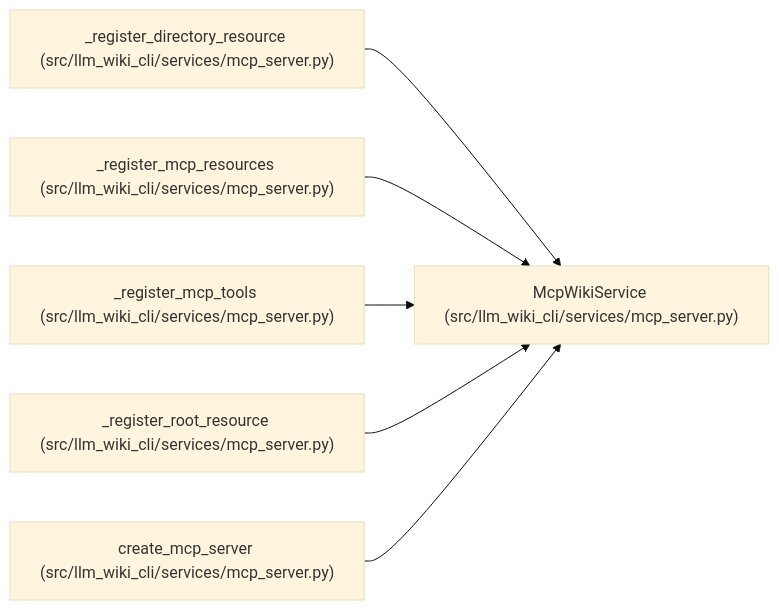
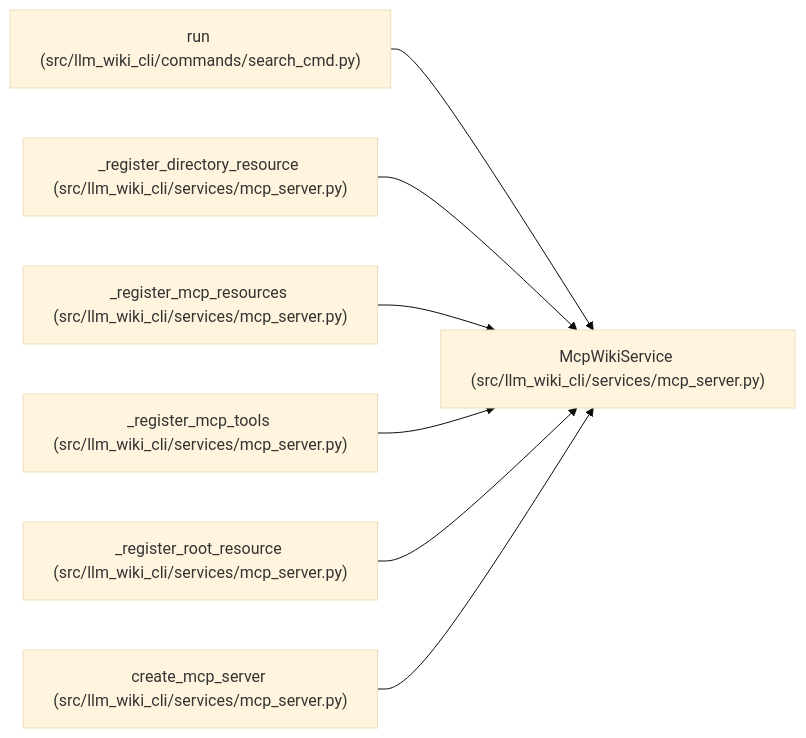
The diagram in docs/llm_wiki/entities/McpWikiService.md (Denissvgn/python-wiki-llm), drawn with Mermaid (base theme) before and after one commit. The commit also changed other lines of this file and 152 other files, not shown here.

````diff
--- a/docs/llm_wiki/entities/McpWikiService.md
+++ b/docs/llm_wiki/entities/McpWikiService.md
@@ -53,20 +53,23 @@
 ```mermaid
 flowchart LR
     n0["McpWikiService (src/llm_wiki_cli/services/mcp_server.py)"]
-    n1["_register_directory_resource (src/llm_wiki_cli/services/mcp_server.py)"]
-    n2["_register_mcp_resources (src/llm_wiki_cli/services/mcp_server.py)"]
-    n3["_register_mcp_tools (src/llm_wiki_cli/services/mcp_server.py)"]
-    n4["_register_root_resource (src/llm_wiki_cli/services/mcp_server.py)"]
-    n5["create_mcp_server (src/llm_wiki_cli/services/mcp_server.py)"]
+    n1["run (src/llm_wiki_cli/commands/search_cmd.py)"]
+    n2["_register_directory_resource (src/llm_wiki_cli/services/mcp_server.py)"]
+    n3["_register_mcp_resources (src/llm_wiki_cli/services/mcp_server.py)"]
+    n4["_register_mcp_tools (src/llm_wiki_cli/services/mcp_server.py)"]
+    n5["_register_root_resource (src/llm_wiki_cli/services/mcp_server.py)"]
+    n6["create_mcp_server (src/llm_wiki_cli/services/mcp_server.py)"]
     n1 --> n0
     n2 --> n0
     n3 --> n0
     n4 --> n0
     n5 --> n0
+    n6 --> n0
     click n0 "../modules/mcp_server.md"
-    click n1 "../modules/mcp_server.md"
+    click n1 "../modules/search_cmd.md"
     click n2 "../modules/mcp_server.md"
     click n3 "../modules/mcp_server.md"
     click n4 "../modules/mcp_server.md"
     click n5 "../modules/mcp_server.md"
+    click n6 "../modules/mcp_server.md"
 ```
````
